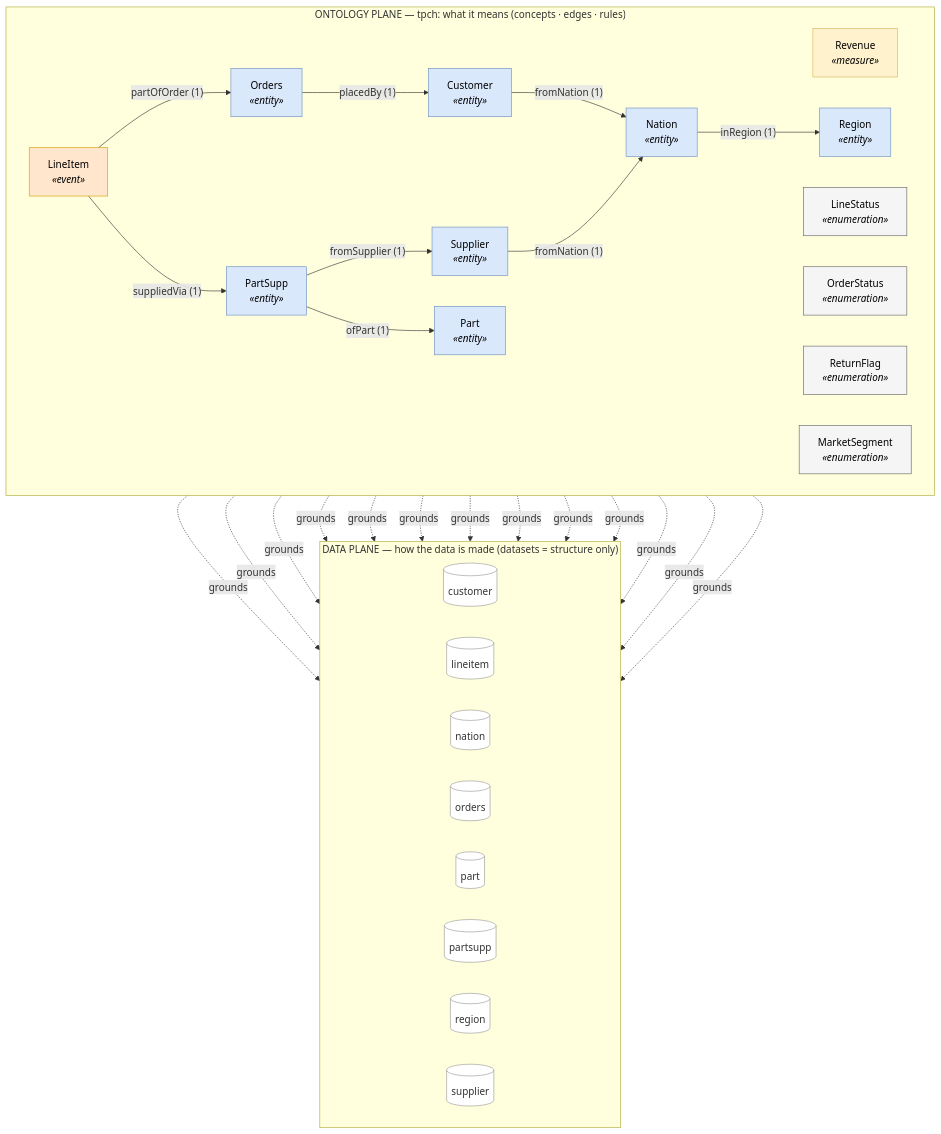
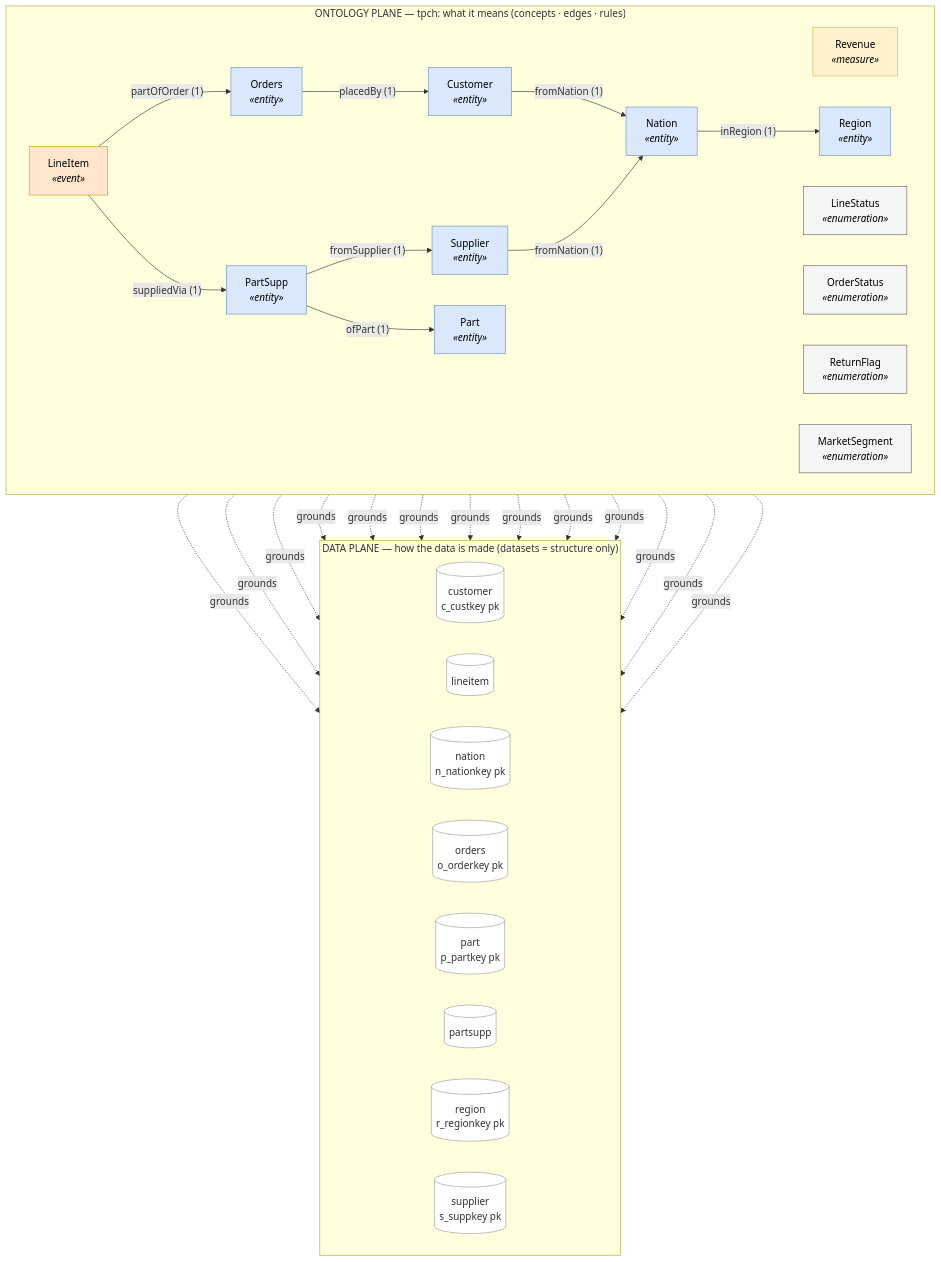
The diagram in example_tpch_ontology/projections/tpch.mmd (d6z7/meaning-as-code), drawn with Mermaid before and after one commit. The commit also changed 6 other files, not shown here.

First line of the commit message:
feat: Mermaid ER diagrams (mac_to_mermaid --er) for both examples; fix descriptor-columns bug

```diff
--- a/example_tpch_ontology/projections/tpch.mmd
+++ b/example_tpch_ontology/projections/tpch.mmd
@@ -1,62 +1,62 @@
 %%{init: {"flowchart": {"curve": "basis"}}}%%
 flowchart TB
   subgraph ONT["ONTOLOGY PLANE — tpch: what it means (concepts · edges · rules)"]
     direction LR
     Revenue["Revenue<br/><i>«measure»</i>"]
     Nation["Nation<br/><i>«entity»</i>"]
     Region["Region<br/><i>«entity»</i>"]
     LineStatus["LineStatus<br/><i>«enumeration»</i>"]
     LineItem["LineItem<br/><i>«event»</i>"]
     OrderStatus["OrderStatus<br/><i>«enumeration»</i>"]
     Orders["Orders<br/><i>«entity»</i>"]
     ReturnFlag["ReturnFlag<br/><i>«enumeration»</i>"]
     Part["Part<br/><i>«entity»</i>"]
     PartSupp["PartSupp<br/><i>«entity»</i>"]
     Customer["Customer<br/><i>«entity»</i>"]
     MarketSegment["MarketSegment<br/><i>«enumeration»</i>"]
     Supplier["Supplier<br/><i>«entity»</i>"]
     Nation -->|"inRegion (1)"| Region
     Customer -->|"fromNation (1)"| Nation
     Supplier -->|"fromNation (1)"| Nation
     PartSupp -->|"ofPart (1)"| Part
     PartSupp -->|"fromSupplier (1)"| Supplier
     Orders -->|"placedBy (1)"| Customer
     LineItem -->|"partOfOrder (1)"| Orders
     LineItem -->|"suppliedVia (1)"| PartSupp
   end
   subgraph DATA["DATA PLANE — how the data is made (datasets = structure only)"]
     direction LR
-    t_customer[("customer")]
+    t_customer[("customer<br/>c_custkey pk")]
     t_lineitem[("lineitem")]
-    t_nation[("nation")]
-    t_orders[("orders")]
-    t_part[("part")]
+    t_nation[("nation<br/>n_nationkey pk")]
+    t_orders[("orders<br/>o_orderkey pk")]
+    t_part[("part<br/>p_partkey pk")]
     t_partsupp[("partsupp")]
-    t_region[("region")]
-    t_supplier[("supplier")]
+    t_region[("region<br/>r_regionkey pk")]
+    t_supplier[("supplier<br/>s_suppkey pk")]
   end
   Revenue -. grounds .-> t_lineitem
   Nation -. grounds .-> t_nation
   Region -. grounds .-> t_region
   LineStatus -. grounds .-> t_lineitem
   LineItem -. grounds .-> t_lineitem
   OrderStatus -. grounds .-> t_orders
   Orders -. grounds .-> t_orders
   ReturnFlag -. grounds .-> t_lineitem
   Part -. grounds .-> t_part
   PartSupp -. grounds .-> t_partsupp
   Customer -. grounds .-> t_customer
   MarketSegment -. grounds .-> t_customer
   Supplier -. grounds .-> t_supplier
   classDef entity fill:#dae8fc,stroke:#6c8ebf,color:#000;
   classDef event fill:#ffe6cc,stroke:#d79b00,color:#000;
   classDef reference fill:#d5e8d4,stroke:#82b366,color:#000;
   classDef grouping fill:#e1d5e7,stroke:#9673a6,color:#000;
   classDef measure fill:#fff2cc,stroke:#d6b656,color:#000;
   classDef enumeration fill:#f5f5f5,stroke:#666,color:#000;
   classDef dataset fill:#ffffff,stroke:#999,color:#333;
   class Revenue measure;
   class Nation,Region,Orders,Part,PartSupp,Customer,Supplier entity;
   class LineStatus,OrderStatus,ReturnFlag,MarketSegment enumeration;
   class LineItem event;
   class t_customer,t_lineitem,t_nation,t_orders,t_part,t_partsupp,t_region,t_supplier dataset;
```
